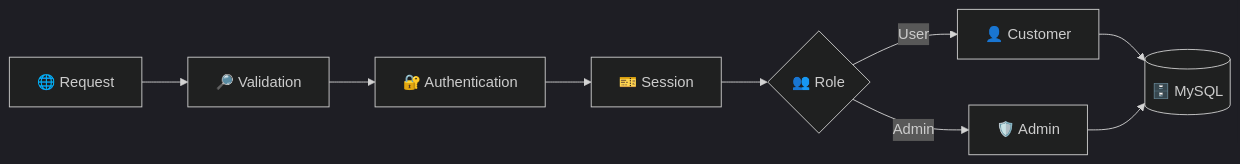
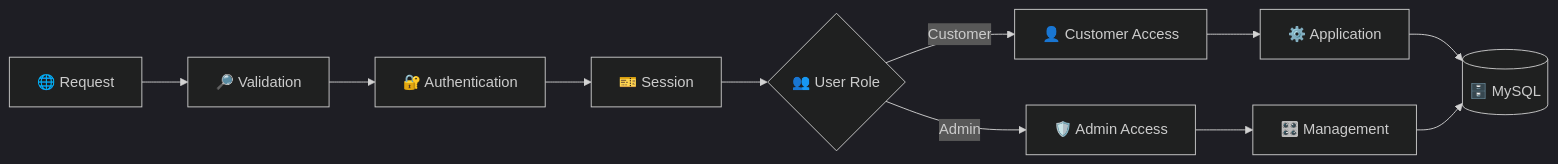
One commit to Ahamed369/HealthForge-Fitness-Web-Application changed the eighth of 10 diagrams in README.md. Above: the diagram before and after it, drawn with Mermaid (dark theme). The commit also changed other lines of this file, not shown here.

````diff
--- a/README.md
+++ b/README.md
@@ -407,20 +571,28 @@
 ```mermaid
 flowchart LR
 
-    R["🌐 Request"]
-    V["🔎 Validation"]
-    A["🔐 Authentication"]
-    S["🎫 Session"]
-    ROLE{"👥 Role"}
-    C["👤 Customer"]
-    ADM["🛡️ Admin"]
+    REQUEST["🌐 Request"]
+    VALIDATE["🔎 Validation"]
+    AUTH["🔐 Authentication"]
+    SESSION["🎫 Session"]
+    ROLE{"👥 User Role"}
+
+    CUSTOMER["👤 Customer Access"]
+    ADMIN["🛡️ Admin Access"]
+
+    APP["⚙️ Application"]
+    CONTROL["🎛️ Management"]
+
     DB[("🗄️ MySQL")]
 
-    R --> V --> A --> S --> ROLE
+    REQUEST --> VALIDATE --> AUTH --> SESSION --> ROLE
 
-    ROLE -->|User| C
-    ROLE -->|Admin| ADM
+    ROLE -->|Customer| CUSTOMER
+    ROLE -->|Admin| ADMIN
 
-    C --> DB
-    ADM --> DB
+    CUSTOMER --> APP
+    ADMIN --> CONTROL
+
+    APP --> DB
+    CONTROL --> DB
 ```
````
